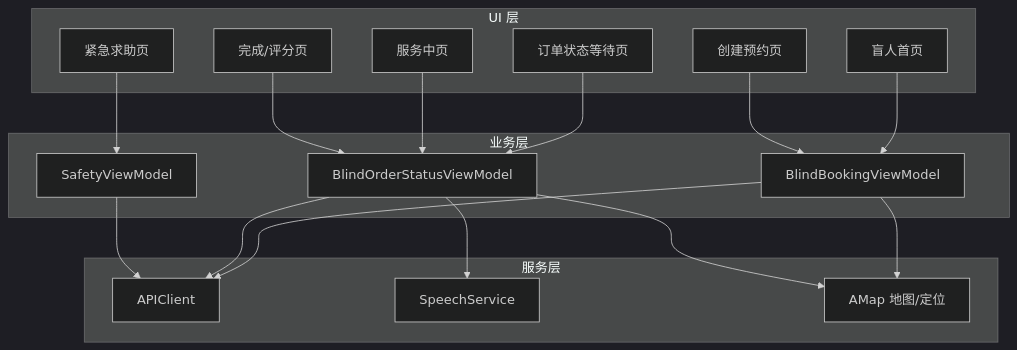
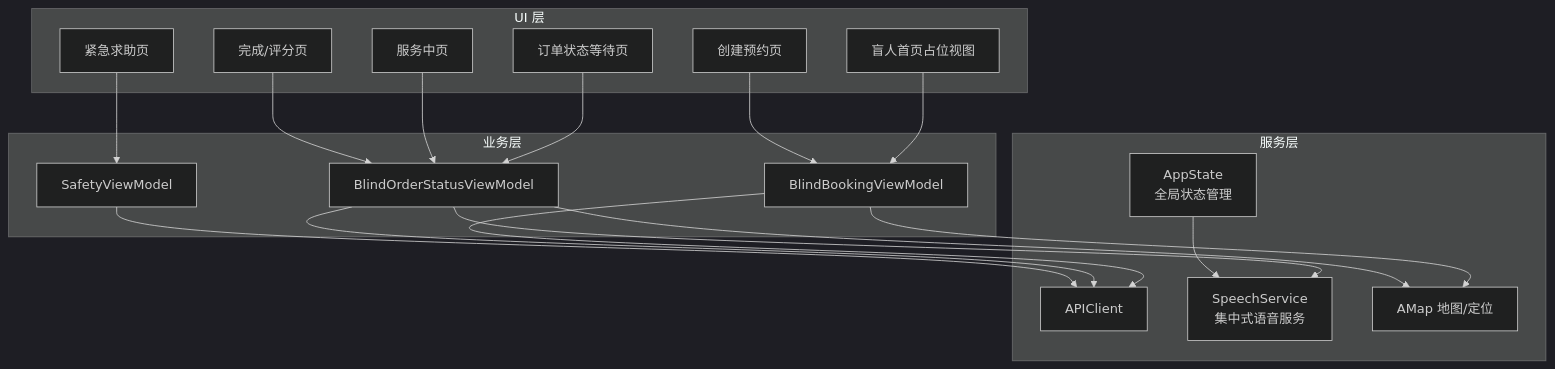
The second of 7 diagrams in .qoder/repowiki/zh/content/架构设计/模块化架构设计/BlindRunner 盲人跑者模块.md (Jayden23018/blind-run-ios), drawn with Mermaid (dark theme) before and after one commit. The commit also changed other lines of this file and 21 other files, not shown here.

````diff
--- a/.qoder/repowiki/zh/content/架构设计/模块化架构设计/BlindRunner 盲人跑者模块.md
+++ b/.qoder/repowiki/zh/content/架构设计/模块化架构设计/BlindRunner 盲人跑者模块.md
@@ -85,33 +124,35 @@
 ```mermaid
 graph TB
 subgraph "UI 层"
-BR_Home["盲人首页"]
+BR_Home["盲人首页占位视图"]
 BR_Create["创建预约页"]
 BR_Status["订单状态等待页"]
 BR_InProgress["服务中页"]
 BR_Emergency["紧急求助页"]
 BR_Completed["完成/评分页"]
 end
 subgraph "业务层"
 VM_BrBooking["BlindBookingViewModel"]
 VM_BrStatus["BlindOrderStatusViewModel"]
 VM_Safety["SafetyViewModel"]
 end
 subgraph "服务层"
 APIClient["APIClient"]
-Speech["SpeechService"]
+Speech["SpeechService<br/>集中式语音服务"]
 Map["AMap 地图/定位"]
+AppState["AppState<br/>全局状态管理"]
 end
 BR_Home --> VM_BrBooking
 BR_Create --> VM_BrBooking
 BR_Status --> VM_BrStatus
 BR_InProgress --> VM_BrStatus
 BR_Emergency --> VM_Safety
 BR_Completed --> VM_BrStatus
 VM_BrBooking --> APIClient
 VM_BrStatus --> APIClient
 VM_Safety --> APIClient
 VM_BrStatus --> Speech
 VM_BrBooking --> Map
 VM_BrStatus --> Map
+AppState --> Speech
 ```
````
